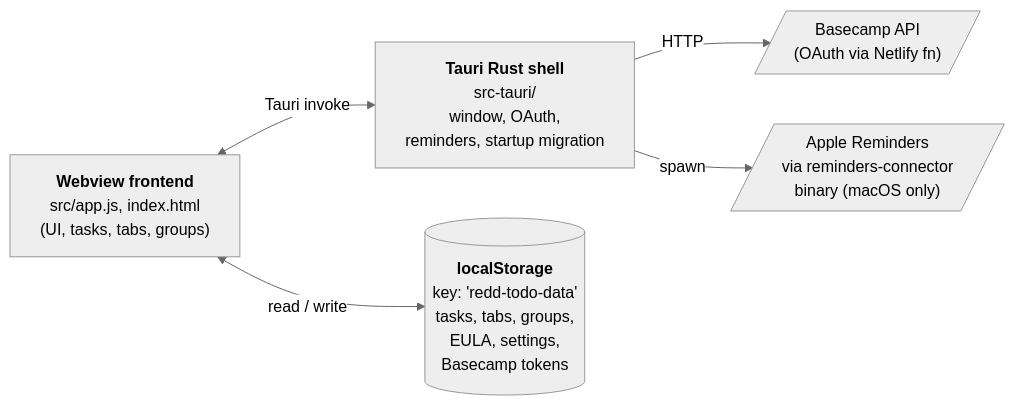
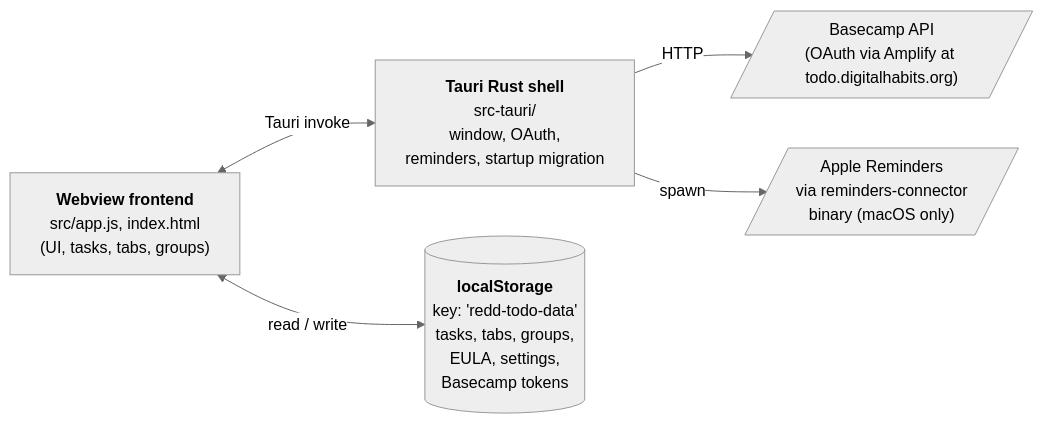
Before and after one commit to ulyngs/digital-habits-to-do: the diagram in README.md, drawn with Mermaid (neutral theme). The commit also changed other lines of this file and 17 other files, not shown here.

First line of the commit message:
Move Basecamp OAuth and updater hosting from Netlify to Amplify.

````diff
--- a/README.md
+++ b/README.md
@@ -140,15 +140,15 @@
 ```mermaid
 flowchart LR
     UI["<b>Webview frontend</b><br/>src/app.js, index.html<br/>(UI, tasks, tabs, groups)"]
     Rust["<b>Tauri Rust shell</b><br/>src-tauri/<br/>window, OAuth,<br/>reminders, startup migration"]
 
     LS[("<b>localStorage</b><br/>key: 'redd-todo-data'<br/>tasks, tabs, groups,<br/>EULA, settings,<br/>Basecamp tokens")]
 
-    BC[/"Basecamp API<br/>(OAuth via Netlify fn)"/]
+    BC[/"Basecamp API<br/>(OAuth via Amplify at todo.digitalhabits.org)"/]
     AR[/"Apple Reminders<br/>via reminders-connector<br/>binary (macOS only)"/]
 
     UI <-->|"Tauri invoke"| Rust
     UI <-->|"read / write"| LS
     Rust -->|"HTTP"| BC
     Rust -->|"spawn"| AR
 ```
````
